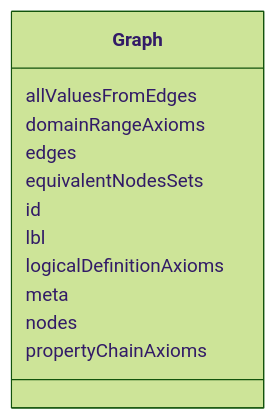
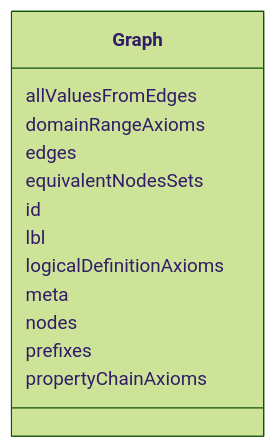
One commit to INCATools/ontology-access-kit changed the diagram in obograph/Graph.md. Above: the diagram before and after it, drawn with Mermaid (forest theme). The commit also changed other lines of this file and 97 other files, not shown here.

````diff
--- a/obograph/Graph.md
+++ b/obograph/Graph.md
@@ -11,15 +11,16 @@
 ```{mermaid}
  classDiagram
     class Graph
       Graph : allValuesFromEdges
       Graph : domainRangeAxioms
       Graph : edges
       Graph : equivalentNodesSets
       Graph : id
       Graph : lbl
       Graph : logicalDefinitionAxioms
       Graph : meta
       Graph : nodes
+      Graph : prefixes
       Graph : propertyChainAxioms
       
 ```
````
